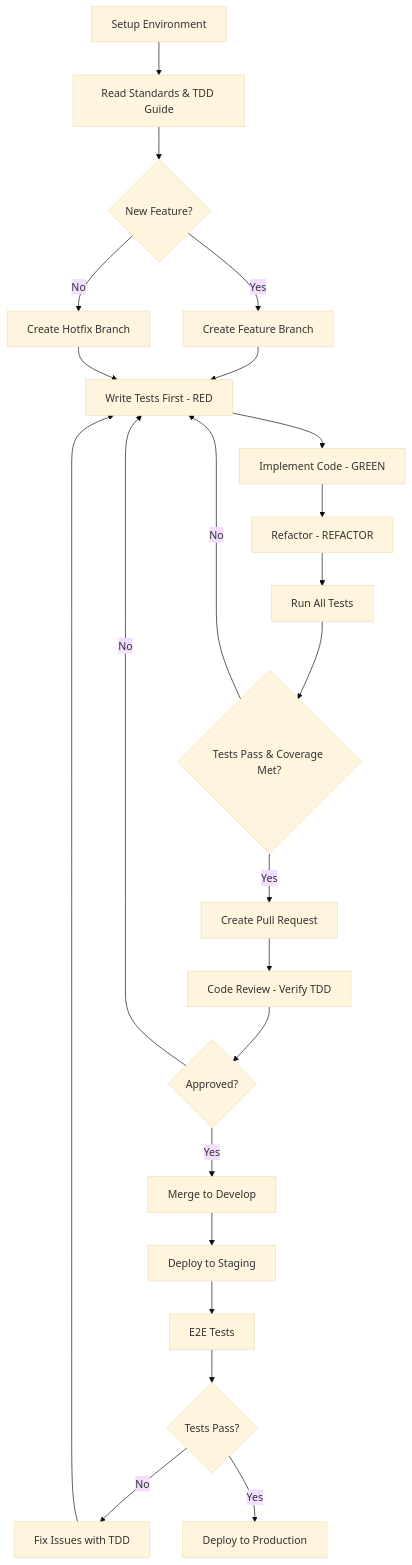
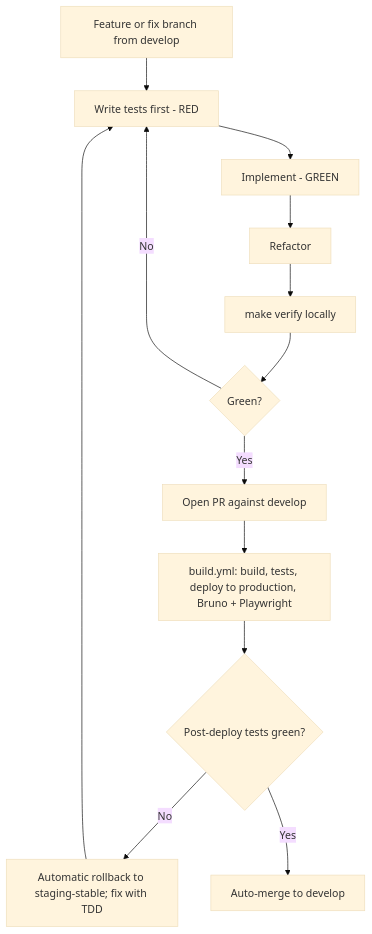
The diagram in docs/architecture/07-development-standards.md (nissimbuchs/BATbern2), drawn with Mermaid (base theme) before and after one commit. The commit also changed other lines of this file and 164 other files, not shown here.

First line of the commit message:
docs: documentation audit before BATbern60 (user guide, screenshots, PRD, architecture diagrams) (#1224)

````diff
--- a/docs/architecture/07-development-standards.md
+++ b/docs/architecture/07-development-standards.md
@@ -143,25 +128,15 @@
 ```mermaid
 graph TD
-    A[Setup Environment] --> B[Read Standards & TDD Guide]
-    B --> C{New Feature?}
-    C -->|Yes| D[Create Feature Branch]
-    C -->|No| E[Create Hotfix Branch]
-    D --> TDD[Write Tests First - RED]
-    E --> TDD
-    TDD --> F[Implement Code - GREEN]
-    F --> REF[Refactor - REFACTOR]
-    REF --> G[Run All Tests]
-    G --> H{Tests Pass & Coverage Met?}
+    A[Feature or fix branch from develop] --> TDD[Write tests first - RED]
+    TDD --> F[Implement - GREEN]
+    F --> REF[Refactor]
+    REF --> G[make verify locally]
+    G --> H{Green?}
     H -->|No| TDD
-    H -->|Yes| J[Create Pull Request]
-    J --> K[Code Review - Verify TDD]
-    K --> L{Approved?}
-    L -->|No| TDD
-    L -->|Yes| M[Merge to Develop]
-    M --> N[Deploy to Staging]
-    N --> O[E2E Tests]
-    O --> P{Tests Pass?}
-    P -->|No| Q[Fix Issues with TDD]
-    Q --> TDD
-    P -->|Yes| R[Deploy to Production]
+    H -->|Yes| J[Open PR against develop]
+    J --> K[build.yml: build, tests, deploy to production, Bruno + Playwright]
+    K --> L{Post-deploy tests green?}
+    L -->|No| RB[Automatic rollback to staging-stable; fix with TDD]
+    RB --> TDD
+    L -->|Yes| M[Auto-merge to develop]
 ```
````
